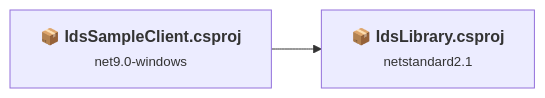
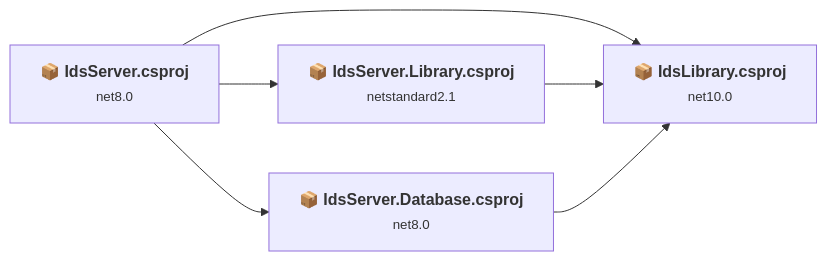
Before and after one commit to Skeferstat/IDS: the first of 5 diagrams in .github/upgrades/scenarios/dotnet-version-upgrade/assessment.md, drawn with Mermaid. The commit also changed other lines of this file and 6 other files, not shown here.

````diff
--- a/.github/upgrades/scenarios/dotnet-version-upgrade/assessment.md
+++ b/.github/upgrades/scenarios/dotnet-version-upgrade/assessment.md
@@ -150,9 +112,17 @@
 ```mermaid
 flowchart LR
-    P1["<b>📦&nbsp;IdsSampleClient.csproj</b><br/><small>net9.0-windows</small>"]
-    P2["<b>📦&nbsp;IdsLibrary.csproj</b><br/><small>netstandard2.1</small>"]
+    P1["<b>📦&nbsp;IdsServer.csproj</b><br/><small>net8.0</small>"]
+    P2["<b>📦&nbsp;IdsLibrary.csproj</b><br/><small>net10.0</small>"]
+    P3["<b>📦&nbsp;IdsServer.Library.csproj</b><br/><small>netstandard2.1</small>"]
+    P4["<b>📦&nbsp;IdsServer.Database.csproj</b><br/><small>net8.0</small>"]
     P1 --> P2
-    click P1 "#idssampleclientcsproj"
+    P1 --> P3
+    P1 --> P4
+    P3 --> P2
+    P4 --> P2
+    click P1 "#idsservercsproj"
     click P2 "#x:workspacesdtcrssmdidslibraryidslibraryidslibrarycsproj"
+    click P3 "#x:workspacesdtcrssmdidslibraryidsserverlibraryidsserverlibrarycsproj"
+    click P4 "#x:workspacesdtcrssmdidsserveridsserverdatabaseidsserverdatabasecsproj"
 
 ```
````
